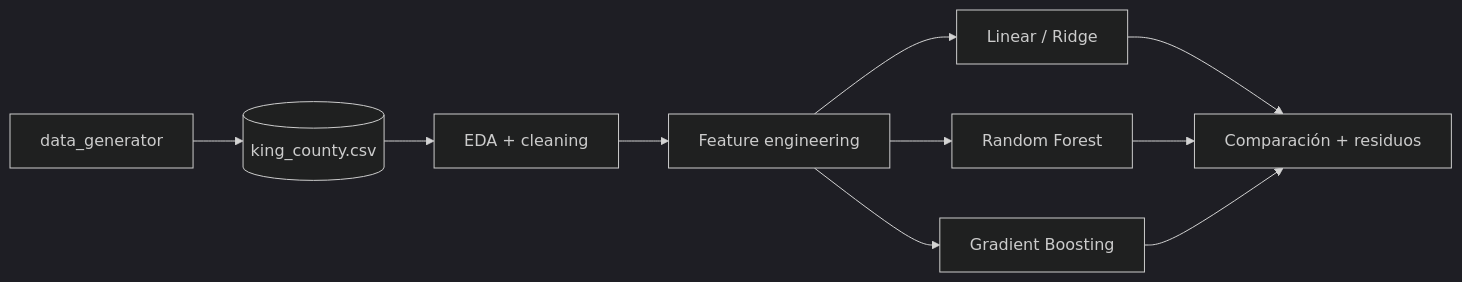
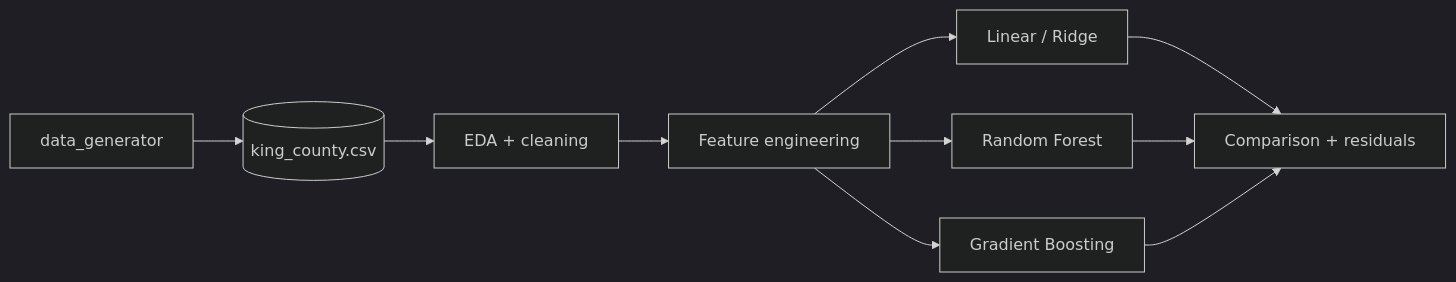
Before and after one commit to MarioCasanovacf/Portfolio: the diagram in real_estate/README.md, drawn with Mermaid (dark theme). The commit also changed other lines of this file and 9 other files, not shown here.

````diff
--- a/real_estate/README.md
+++ b/real_estate/README.md
@@ -37,10 +35,10 @@
 ```mermaid
 flowchart LR
     G[data_generator] --> D[(king_county.csv)]
     D --> E[EDA + cleaning]
     E --> F[Feature engineering]
     F --> M1[Linear / Ridge]
     F --> M2[Random Forest]
     F --> M3[Gradient Boosting]
-    M1 & M2 & M3 --> R[Comparación + residuos]
+    M1 & M2 & M3 --> R[Comparison + residuals]
 ```
````
